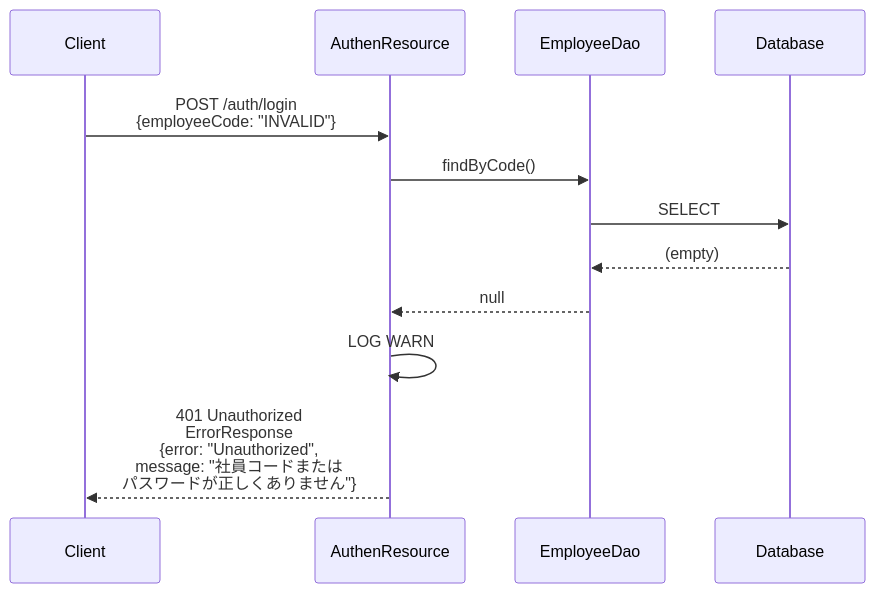
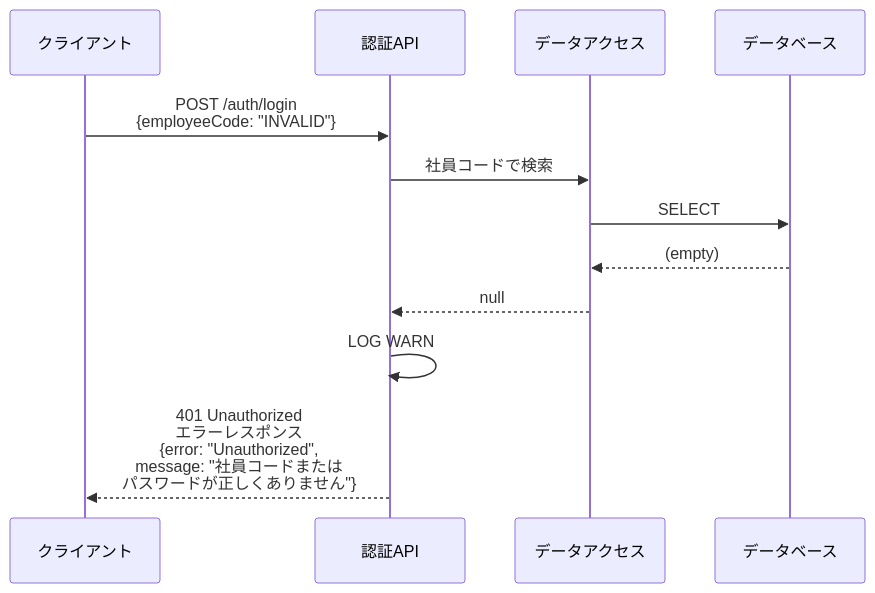
Before and after one commit to KenyaSaitoh/ai_driven_dev_202601: the second of 12 diagrams in projects/sdd/bookstore/back-office-api-sdd/specs/baseline/api/API_001_auth/functional_design.md, drawn with Mermaid. The commit also changed other lines of this file and 52 other files, not shown here.

````diff
--- a/projects/sdd/bookstore/back-office-api-sdd/specs/baseline/api/API_001_auth/functional_design.md
+++ b/projects/sdd/bookstore/back-office-api-sdd/specs/baseline/api/API_001_auth/functional_design.md
@@ -448,15 +386,15 @@
 ```mermaid
 sequenceDiagram
-    participant Client
-    participant AuthenResource
-    participant EmployeeDao
-    participant Database
+    participant Client as クライアント
+    participant API as 認証API
+    participant DataAccess as データアクセス
+    participant Database as データベース
 
-    Client->>AuthenResource: POST /auth/login<br/>{employeeCode: "INVALID"}
-    AuthenResource->>EmployeeDao: findByCode()
-    EmployeeDao->>Database: SELECT
-    Database-->>EmployeeDao: (empty)
-    EmployeeDao-->>AuthenResource: null
-    AuthenResource->>AuthenResource: LOG WARN
-    AuthenResource-->>Client: 401 Unauthorized<br/>ErrorResponse<br/>{error: "Unauthorized",<br/>message: "社員コードまたは<br/>パスワードが正しくありません"}
+    Client->>API: POST /auth/login<br/>{employeeCode: "INVALID"}
+    API->>DataAccess: 社員コードで検索
+    DataAccess->>Database: SELECT
+    Database-->>DataAccess: (empty)
+    DataAccess-->>API: null
+    API->>API: LOG WARN
+    API-->>Client: 401 Unauthorized<br/>エラーレスポンス<br/>{error: "Unauthorized",<br/>message: "社員コードまたは<br/>パスワードが正しくありません"}
 ```
````
